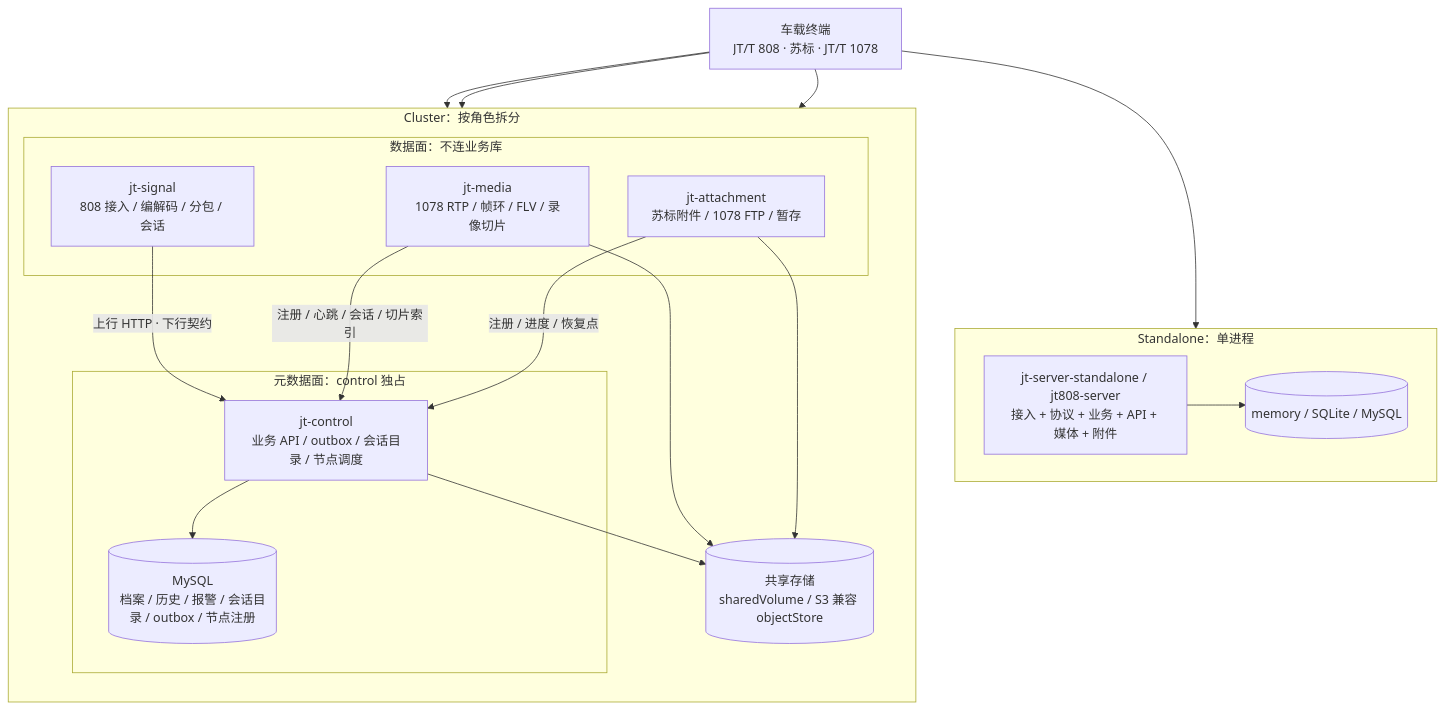
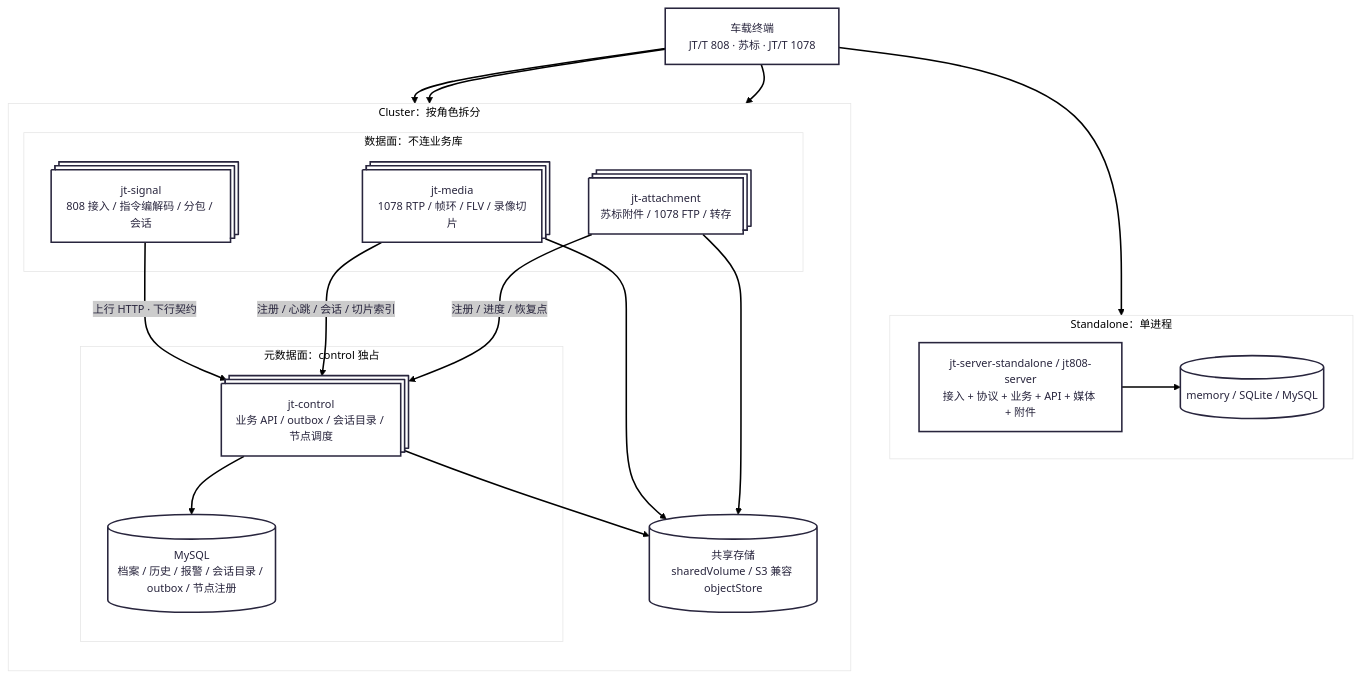
Before and after one commit to fakeyanss/jt808-server-go: the diagram in README.md, drawn with Mermaid.

Commit message:
docs: 同步 README 架构图配色与多副本表示
原样提交用户在工作区完成的 README 架构图改法：增加 redux-color
主题，并用 procs 形状表示集群角色多副本。

````diff
--- a/README.md
+++ b/README.md
@@ -74,37 +74,41 @@
 ```mermaid
+---
+config:
+  theme: redux-color
+---
 flowchart TB
     TERM["车载终端<br/>JT/T 808 · 苏标 · JT/T 1078"]
 
     subgraph SA["Standalone：单进程"]
         direction LR
         S["jt-server-standalone / jt808-server<br/>接入 + 协议 + 业务 + API + 媒体 + 附件"]
         SDB[("memory / SQLite / MySQL")]
         S --> SDB
     end
 
     subgraph CL["Cluster：按角色拆分"]
         direction TB
         subgraph DATA["数据面：不连业务库"]
-            GW["jt-signal<br/>808 接入 / 编解码 / 分包 / 会话"]
-            MED["jt-media<br/>1078 RTP / 帧环 / FLV / 录像切片"]
-            ATT["jt-attachment<br/>苏标附件 / 1078 FTP / 暂存"]
+            GW["jt-signal<br/>808 接入 / 指令编解码 / 分包 / 会话"]@{ shape: procs }
+            MED["jt-media<br/>1078 RTP / 帧环 / FLV / 录像切片"]@{ shape: procs }
+            ATT["jt-attachment<br/>苏标附件 / 1078 FTP / 转存"]@{ shape: procs }
         end
         subgraph META["元数据面：control 独占"]
-            CTL["jt-control<br/>业务 API / outbox / 会话目录 / 节点调度"]
+            CTL["jt-control<br/>业务 API / outbox / 会话目录 / 节点调度"]@{ shape: procs }
             DB[("MySQL<br/>档案 / 历史 / 报警 / 会话目录 / outbox / 节点注册")]
             CTL --> DB
         end
         OBJ[("共享存储<br/>sharedVolume / S3 兼容 objectStore")]
         GW -- "上行 HTTP · 下行契约" --> CTL
         MED -- "注册 / 心跳 / 会话 / 切片索引" --> CTL
         ATT -- "注册 / 进度 / 恢复点" --> CTL
         MED --> OBJ
         ATT --> OBJ
         CTL --> OBJ
     end
 
     TERM --> S
     TERM --> GW
     TERM --> MED
     TERM --> ATT
 ```
````
